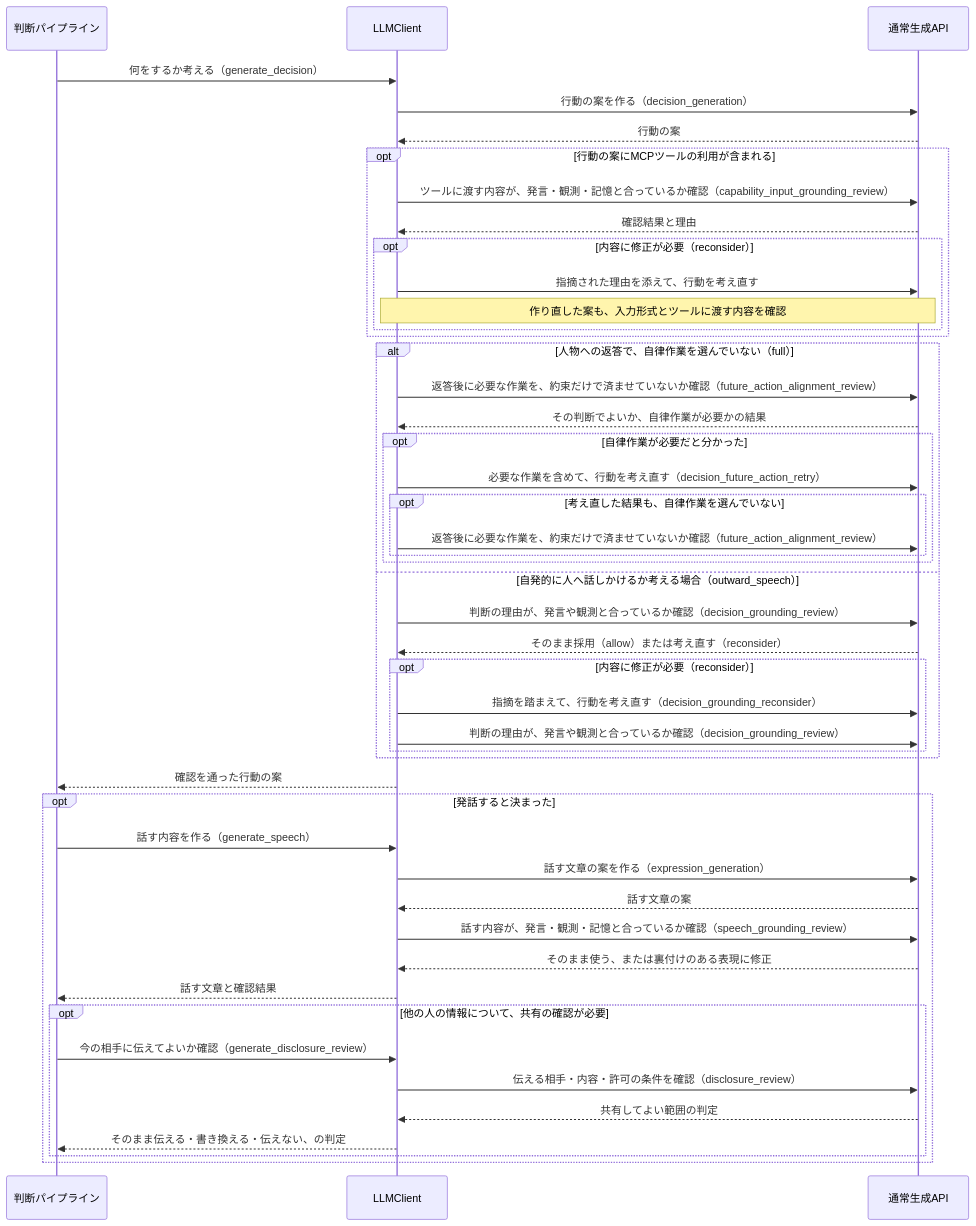
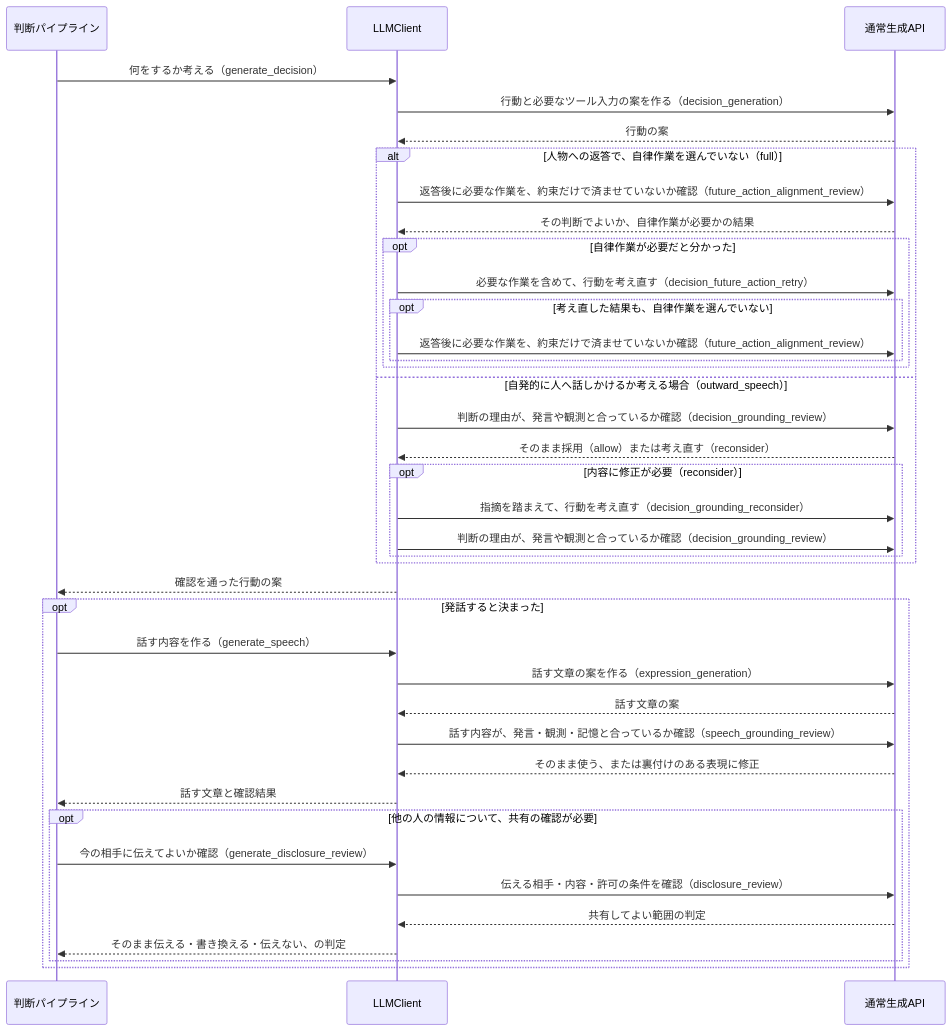
The second of 7 diagrams in docs/design/llm/LLM呼び出しシーケンス.md (hirona98/OtomeKairo), drawn with Mermaid before and after one commit. The commit also changed other lines of this file and 7 other files, not shown here.

````diff
--- a/docs/design/llm/LLM呼び出しシーケンス.md
+++ b/docs/design/llm/LLM呼び出しシーケンス.md
@@ -138,50 +138,42 @@
 ```mermaid
 sequenceDiagram
     participant C as 判断パイプライン
     participant L as LLMClient
     participant G as 通常生成API
 
     C->>L: 何をするか考える（generate_decision）
-    L->>G: 行動の案を作る（decision_generation）
+    L->>G: 行動と必要なツール入力の案を作る（decision_generation）
     G-->>L: 行動の案
-    opt 行動の案にMCPツールの利用が含まれる
-        L->>G: ツールに渡す内容が、発言・観測・記憶と合っているか確認（capability_input_grounding_review）
-        G-->>L: 確認結果と理由
-        opt 内容に修正が必要（reconsider）
-            L->>G: 指摘された理由を添えて、行動を考え直す
-            Note over L,G: 作り直した案も、入力形式とツールに渡す内容を確認
-        end
-    end
     alt 人物への返答で、自律作業を選んでいない（full）
         L->>G: 返答後に必要な作業を、約束だけで済ませていないか確認（future_action_alignment_review）
         G-->>L: その判断でよいか、自律作業が必要かの結果
         opt 自律作業が必要だと分かった
             L->>G: 必要な作業を含めて、行動を考え直す（decision_future_action_retry）
             opt 考え直した結果も、自律作業を選んでいない
                 L->>G: 返答後に必要な作業を、約束だけで済ませていないか確認（future_action_alignment_review）
             end
         end
     else 自発的に人へ話しかけるか考える場合（outward_speech）
         L->>G: 判断の理由が、発言や観測と合っているか確認（decision_grounding_review）
         G-->>L: そのまま採用（allow）または考え直す（reconsider）
         opt 内容に修正が必要（reconsider）
             L->>G: 指摘を踏まえて、行動を考え直す（decision_grounding_reconsider）
             L->>G: 判断の理由が、発言や観測と合っているか確認（decision_grounding_review）
         end
     end
     L-->>C: 確認を通った行動の案
     opt 発話すると決まった
         C->>L: 話す内容を作る（generate_speech）
         L->>G: 話す文章の案を作る（expression_generation）
         G-->>L: 話す文章の案
         L->>G: 話す内容が、発言・観測・記憶と合っているか確認（speech_grounding_review）
         G-->>L: そのまま使う、または裏付けのある表現に修正
         L-->>C: 話す文章と確認結果
         opt 他の人の情報について、共有の確認が必要
             C->>L: 今の相手に伝えてよいか確認（generate_disclosure_review）
             L->>G: 伝える相手・内容・許可の条件を確認（disclosure_review）
             G-->>L: 共有してよい範囲の判定
             L-->>C: そのまま伝える・書き換える・伝えない、の判定
         end
     end
 ```
````
